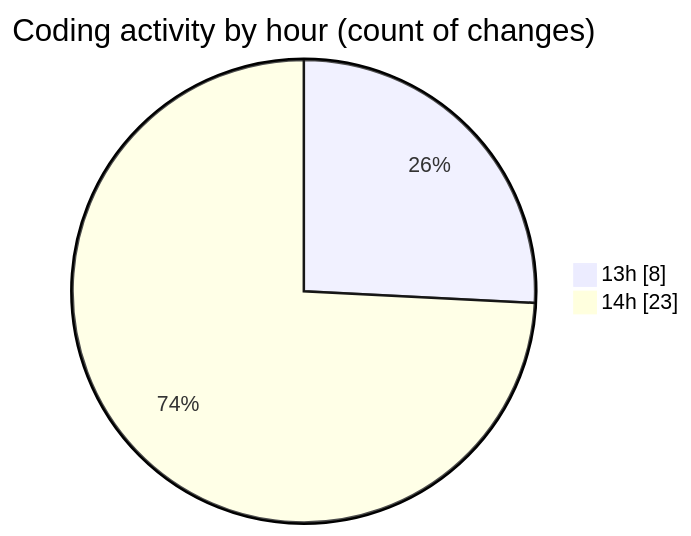
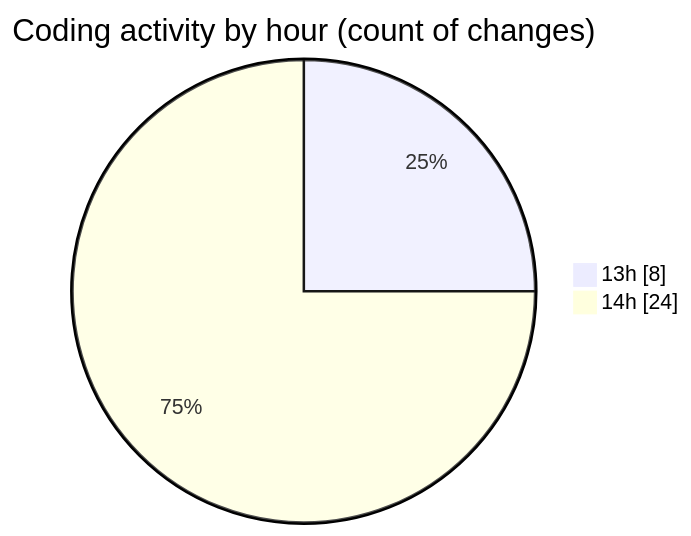
The second of 2 diagrams in 2025-07-15/footballstatsapp/README.md (lephambinh05/code-tracking), drawn with Mermaid before and after one commit. The commit also changed other lines of this file and 1 other file, not shown here.

````diff
--- a/2025-07-15/footballstatsapp/README.md
+++ b/2025-07-15/footballstatsapp/README.md
@@ -47,6 +48,6 @@
 ```mermaid
 pie showData
 title Coding activity by hour (count of changes)
 "13h" : 8
-"14h" : 23
+"14h" : 24
 ```
````
